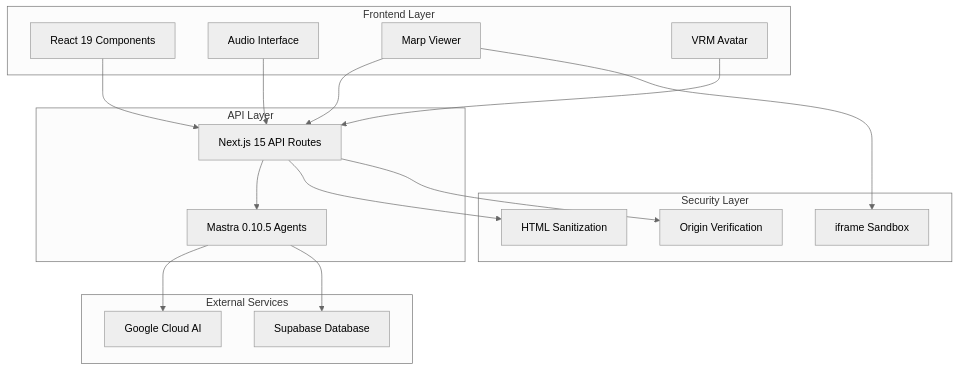
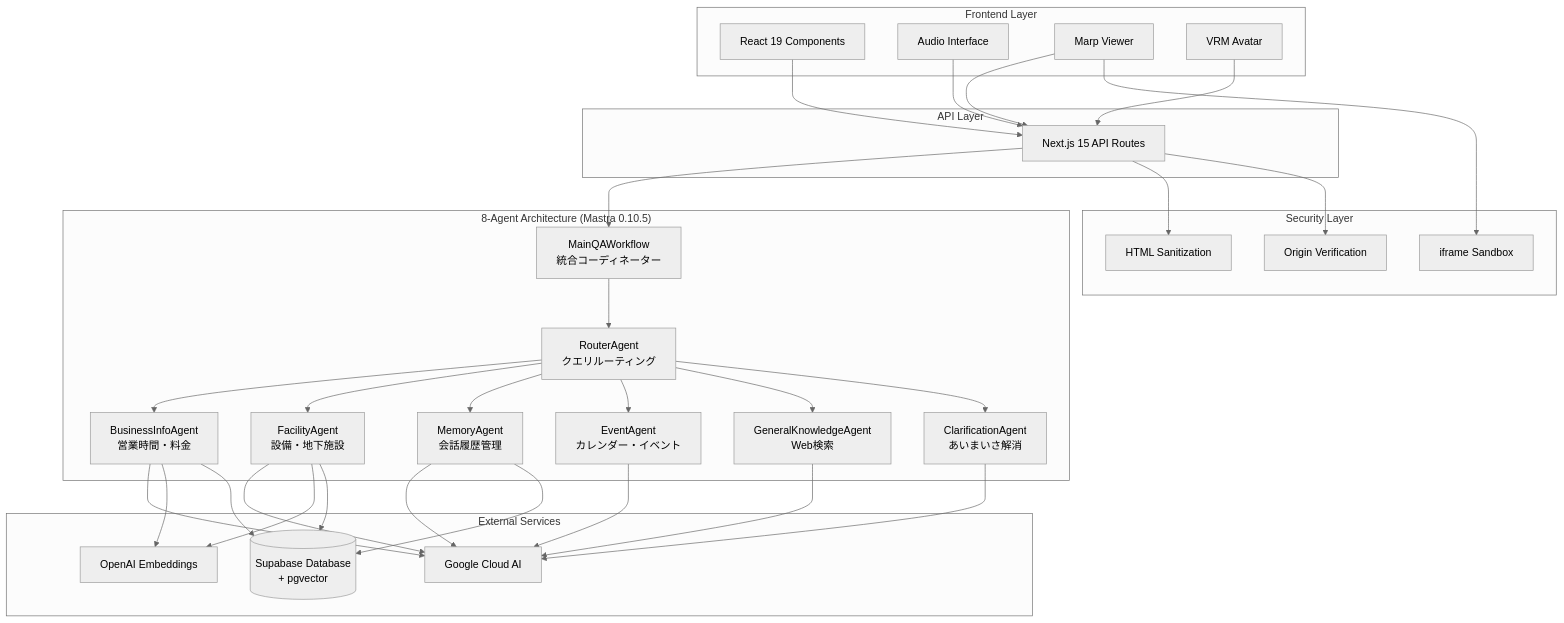
The diagram in docs/README.md (terisuke/engineer-cafe-navigator), drawn with Mermaid (neutral theme) before and after one commit. The commit also changed other lines of this file and 64 other files, not shown here.

````diff
--- a/docs/README.md
+++ b/docs/README.md
@@ -96,38 +100,67 @@
 ```mermaid
 graph TB
     subgraph "Frontend Layer"
         UI[React 19 Components]
         Voice[Audio Interface]
         Slides[Marp Viewer]
         Character[VRM Avatar]
     end
     
     subgraph "API Layer"
         API[Next.js 15 API Routes]
-        Mastra[Mastra 0.10.5 Agents]
+    end
+    
+    subgraph "8-Agent Architecture (Mastra 0.10.5)"
+        MainQA[MainQAWorkflow<br/>統合コーディネーター]
+        Router[RouterAgent<br/>クエリルーティング]
+        Business[BusinessInfoAgent<br/>営業時間・料金]
+        Facility[FacilityAgent<br/>設備・地下施設]
+        Memory[MemoryAgent<br/>会話履歴管理]
+        Event[EventAgent<br/>カレンダー・イベント]
+        General[GeneralKnowledgeAgent<br/>Web検索]
+        Clarify[ClarificationAgent<br/>あいまいさ解消]
+        
+        MainQA --> Router
+        Router --> Business
+        Router --> Facility
+        Router --> Memory
+        Router --> Event
+        Router --> General
+        Router --> Clarify
     end
     
     subgraph "External Services"
         Google[Google Cloud AI]
-        Supabase[Supabase Database]
+        OpenAI[OpenAI Embeddings]
+        Supabase[(Supabase Database<br/>+ pgvector)]
     end
     
     subgraph "Security Layer"
         XSS[HTML Sanitization]
         Origin[Origin Verification]
         Sandbox[iframe Sandbox]
     end
     
     UI --> API
     Voice --> API
     Slides --> API
     Character --> API
     
-    API --> Mastra
-    Mastra --> Google
-    Mastra --> Supabase
+    API --> MainQA
+    Business --> Google
+    Facility --> Google
+    Memory --> Google
+    Event --> Google
+    General --> Google
+    Clarify --> Google
+    
+    Business --> OpenAI
+    Facility --> OpenAI
+    Memory --> Supabase
+    Business --> Supabase
+    Facility --> Supabase
     
     API --> XSS
     API --> Origin
     Slides --> Sandbox
 ```
````
